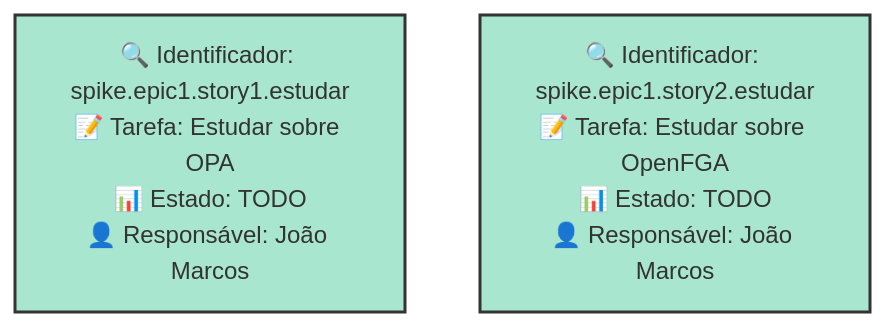
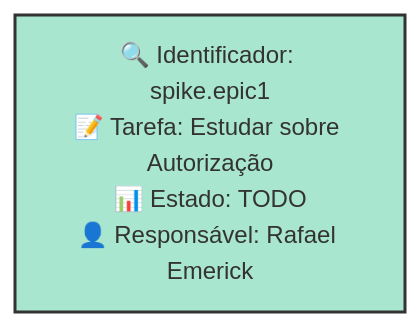
One commit to the-made-project/leds-tools-made-gestao changed the diagram in example/sprints/estudo.md. Above: the diagram before and after it, drawn with Mermaid. The commit also changed other lines of this file and 18 other files, not shown here.

````diff
--- a/example/sprints/estudo.md
+++ b/example/sprints/estudo.md
@@ -23,8 +22,7 @@
 ```mermaid
 graph BT
     classDef sprint fill:#a8e6cf,stroke:#333,stroke-width:2px;
     classDef done fill:#98fb98,stroke:#333,stroke-width:2px;
     classDef external fill:#ffd3b6,stroke:#333,stroke-width:1px;
-    spike.epic1.story1.estudar["🔍 Identificador: spike.epic1.story1.estudar<br>📝 Tarefa: Estudar sobre OPA<br>📊 Estado: TODO<br>👤 Responsável: João Marcos "]:::sprint
-    spike.epic1.story2.estudar["🔍 Identificador: spike.epic1.story2.estudar<br>📝 Tarefa: Estudar sobre OpenFGA<br>📊 Estado: TODO<br>👤 Responsável: João Marcos "]:::sprint
+    spike.epic1["🔍 Identificador: spike.epic1<br>📝 Tarefa: Estudar sobre Autorização<br>📊 Estado: TODO<br>👤 Responsável: Rafael Emerick"]:::sprint
 ```
````
